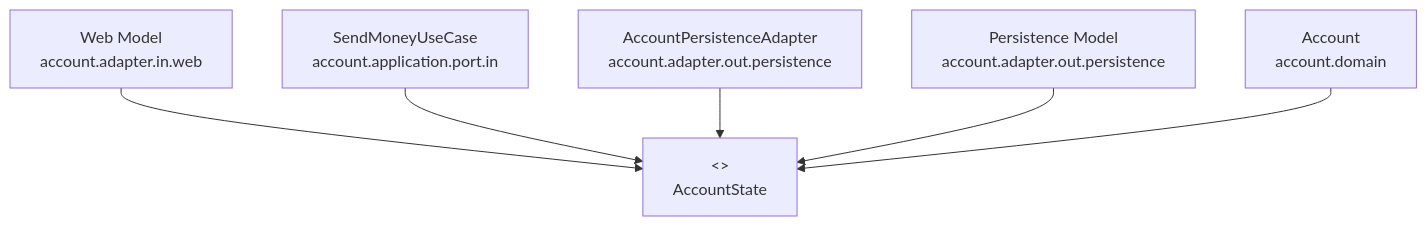
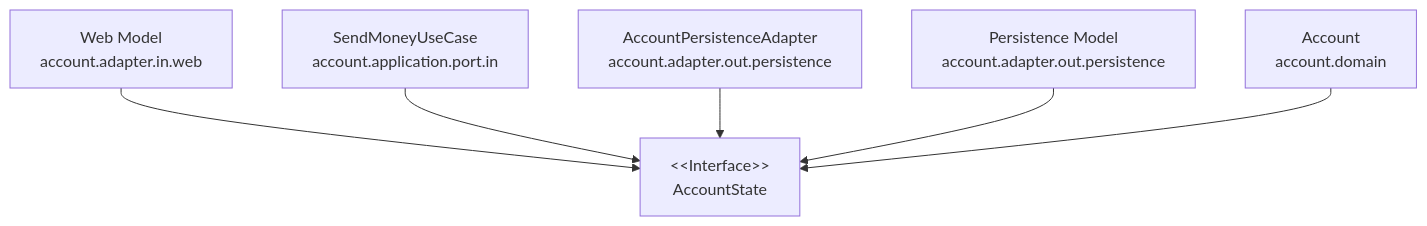
One commit to kimtks456/kimtks456.github.io changed the fourth of 4 diagrams in content/docs/application-architecture/clean-architecture/8_mapping-between-boundaries.md. Above: the diagram before and after it, drawn with Mermaid. The commit also changed other lines of this file and 3 other files, not shown here.

````diff
--- a/content/docs/application-architecture/clean-architecture/8_mapping-between-boundaries.md
+++ b/content/docs/application-architecture/clean-architecture/8_mapping-between-boundaries.md
@@ -326,16 +326,16 @@
 ```mermaid
 flowchart TB
-    STATE["<<Interface>><br/>AccountState"]
+    STATE["&lt;&lt;Interface&gt;&gt;<br/>AccountState"]
 
     WEB["Web Model<br/>account.adapter.in.web"]
     UC["SendMoneyUseCase<br/>account.application.port.in"]
     ADAPTER["AccountPersistenceAdapter<br/>account.adapter.out.persistence"]
     PM["Persistence Model<br/>account.adapter.out.persistence"]
     ACCOUNT["Account<br/>account.domain"]
 
     WEB --> STATE
     UC --> STATE
     ADAPTER --> STATE
     PM --> STATE
     ACCOUNT --> STATE
 ```
````
